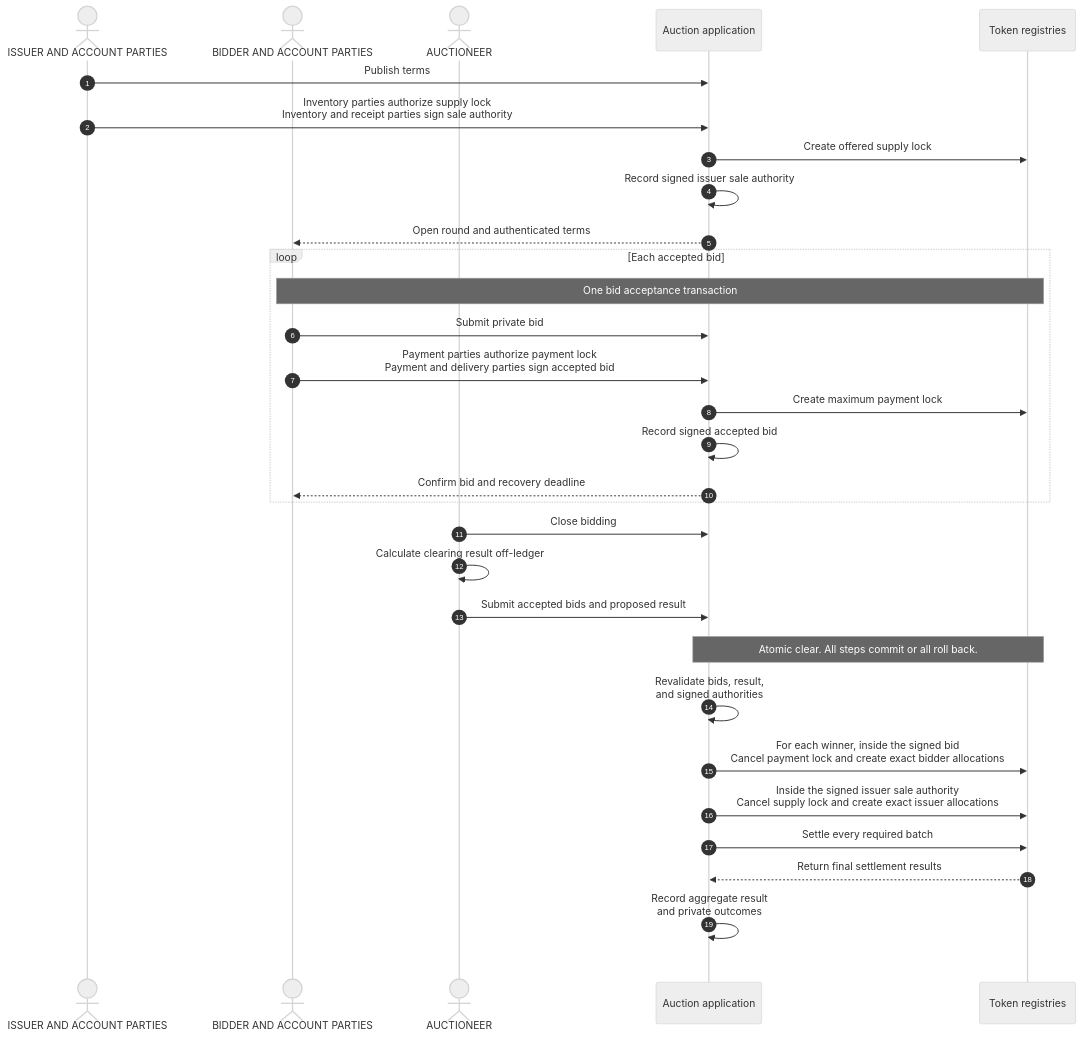
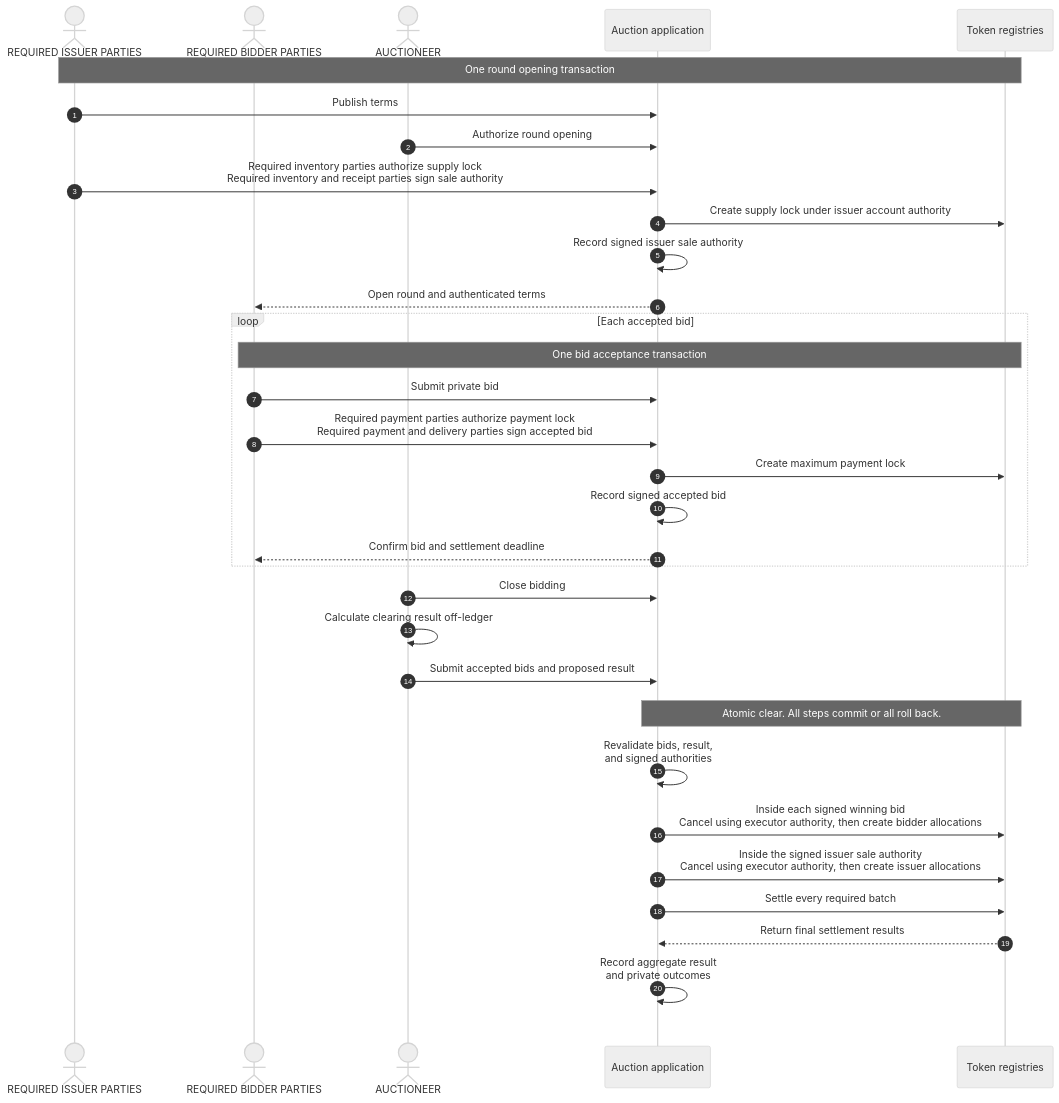
The third of 3 diagrams in docs/reference-architectures/confidential-auction.md (OpenZeppelin/canton-specs), drawn with Mermaid (neutral theme) before and after one commit. The commit also changed other lines of this file, not shown here.

````diff
--- a/docs/reference-architectures/confidential-auction.md
+++ b/docs/reference-architectures/confidential-auction.md
@@ -338,35 +350,37 @@
 ```mermaid
 sequenceDiagram
     autonumber
-    actor Issuer as ISSUER AND ACCOUNT PARTIES
-    actor Bidder as BIDDER AND ACCOUNT PARTIES
+    actor Issuer as REQUIRED ISSUER PARTIES
+    actor Bidder as REQUIRED BIDDER PARTIES
     actor Auctioneer as AUCTIONEER
     participant App as Auction application
     participant Assets as Token registries
 
+    Note over Issuer,Assets: One round opening transaction
     Issuer->>App: Publish terms
-    Issuer->>App: Inventory parties authorize supply lock<br/>Inventory and receipt parties sign sale authority
-    App->>Assets: Create offered supply lock
+    Auctioneer->>App: Authorize round opening
+    Issuer->>App: Required inventory parties authorize supply lock<br/>Required inventory and receipt parties sign sale authority
+    App->>Assets: Create supply lock under issuer account authority
     App->>App: Record signed issuer sale authority
     App-->>Bidder: Open round and authenticated terms
     loop Each accepted bid
         Note over Bidder,Assets: One bid acceptance transaction
         Bidder->>App: Submit private bid
-        Bidder->>App: Payment parties authorize payment lock<br/>Payment and delivery parties sign accepted bid
+        Bidder->>App: Required payment parties authorize payment lock<br/>Required payment and delivery parties sign accepted bid
         App->>Assets: Create maximum payment lock
         App->>App: Record signed accepted bid
-        App-->>Bidder: Confirm bid and recovery deadline
+        App-->>Bidder: Confirm bid and settlement deadline
     end
     Auctioneer->>App: Close bidding
     Auctioneer->>Auctioneer: Calculate clearing result off-ledger
     Auctioneer->>App: Submit accepted bids and proposed result
     rect rgba(255, 255, 255, .1)
         Note over App,Assets: Atomic clear. All steps commit or all roll back.
         App->>App: Revalidate bids, result,<br/>and signed authorities
-        App->>Assets: For each winner, inside the signed bid<br/>Cancel payment lock and create exact bidder allocations
-        App->>Assets: Inside the signed issuer sale authority<br/>Cancel supply lock and create exact issuer allocations
+        App->>Assets: Inside each signed winning bid<br/>Cancel using executor authority, then create bidder allocations
+        App->>Assets: Inside the signed issuer sale authority<br/>Cancel using executor authority, then create issuer allocations
         App->>Assets: Settle every required batch
         Assets-->>App: Return final settlement results
         App->>App: Record aggregate result<br/>and private outcomes
     end
 ```
````
